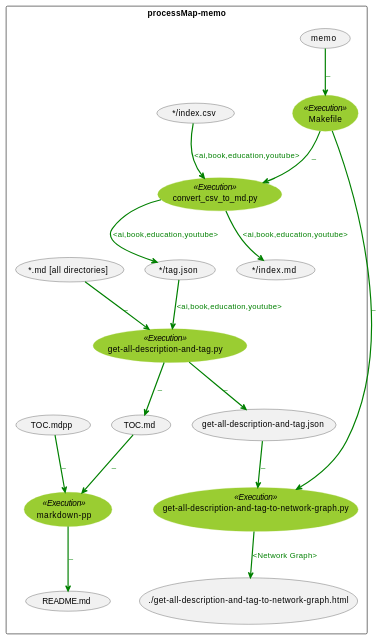
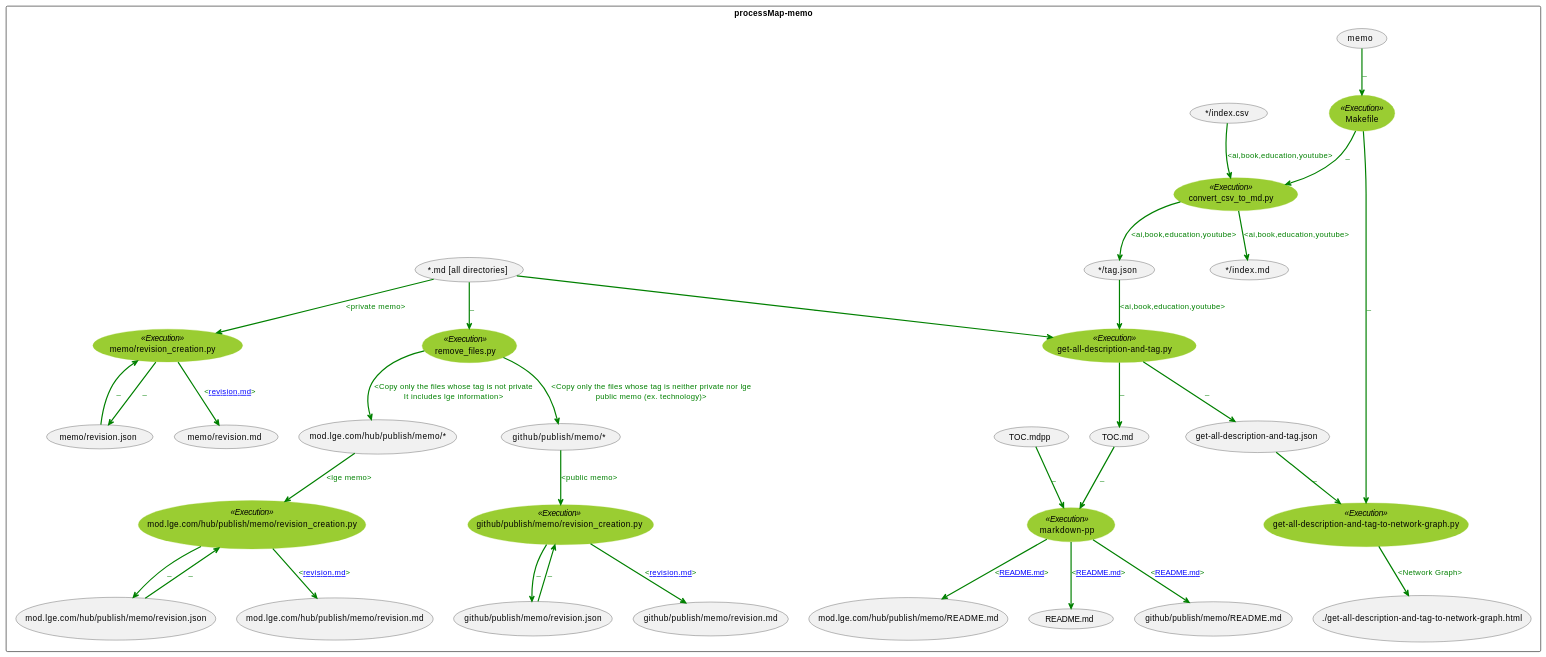
Before and after one commit to cheoljoo/publish: the diagram in memo/total.md, drawn with PlantUML. The commit also changed 10 other files, not shown here.

````diff
--- a/memo/total.md
+++ b/memo/total.md
@@ -1,36 +1,57 @@
 ```plantuml
 @startuml total.png
 
 skinparam usecase {
     BackgroundColor<< Execution >> YellowGreen
     BorderColor<< Execution >> YellowGreen
 
     BackgroundColor<< Email >> LightSeaGreen
     BorderColor<< Email >> LightSeaGreen
 
     ArrowColor Olive
 }
           rectangle processMap-memo {
     usecase (Makefile) as (Makefile) << Execution >>
     usecase (convert_csv_to_md.py) as (convert_csv_to_md.py) << Execution >>
     usecase (get-all-description-and-tag-to-network-graph.py) as (get-all-description-and-tag-to-network-graph.py) << Execution >>
     usecase (get-all-description-and-tag.py) as (get-all-description-and-tag.py) << Execution >>
+    usecase (github/publish/memo/revision_creation.py) as (github/publish/memo/revision_creation.py) << Execution >>
     usecase (markdown-pp) as (markdown-pp) << Execution >>
+    usecase (memo/revision_creation.py) as (memo/revision_creation.py) << Execution >>
+    usecase (mod.lge.com/hub/publish/memo/revision_creation.py) as (mod.lge.com/hub/publish/memo/revision_creation.py) << Execution >>
+    usecase (remove_files.py) as (remove_files.py) << Execution >>
     (memo) --> (Makefile) #line:green;line.bold;text:green : _
+    (Makefile) --> (get-all-description-and-tag-to-network-graph.py) #line:green;line.bold;text:green : _
     (get-all-description-and-tag.json) --> (get-all-description-and-tag-to-network-graph.py) #line:green;line.bold;text:green : _
     (get-all-description-and-tag-to-network-graph.py) --> (./get-all-description-and-tag-to-network-graph.html) #line:green;line.bold;text:green : <Network Graph>
+    (*.md [all directories]) --> (remove_files.py) #line:green;line.bold;text:green : _
+    (remove_files.py) --> (github/publish/memo/*) #line:green;line.bold;text:green : <Copy only the files whose tag is neither private nor lge\npublic memo (ex. technology)>
+    (remove_files.py) --> (mod.lge.com/hub/publish/memo/*) #line:green;line.bold;text:green : <Copy only the files whose tag is not private\nIt includes lge information>
+    (*.md [all directories]) --> (memo/revision_creation.py) #line:green;line.bold;text:green : <private memo>
+    (memo/revision_creation.py) --> (memo/revision.md) #line:green;line.bold;text:green : <[[https://github.com/cheoljoo/memo/blob/main/memo/revision.md revision.md]]>
+    (github/publish/memo/*) --> (github/publish/memo/revision_creation.py) #line:green;line.bold;text:green : <public memo>
+    (github/publish/memo/revision_creation.py) --> (github/publish/memo/revision.md) #line:green;line.bold;text:green : <[[https://github.com/cheoljoo/publish/blob/main/memo/revision.md revision.md]]>
+    (mod.lge.com/hub/publish/memo/*) --> (mod.lge.com/hub/publish/memo/revision_creation.py) #line:green;line.bold;text:green : <lge memo>
+    (mod.lge.com/hub/publish/memo/revision_creation.py) --> (mod.lge.com/hub/publish/memo/revision.md) #line:green;line.bold;text:green : <[[http://mod.lge.com/hub/cheoljoo.lee/publish/-/blob/main/memo/revision.md revision.md]]>
+    (memo/revision.json) --> (memo/revision_creation.py) #line:green;line.bold;text:green : _
+    (memo/revision_creation.py) --> (memo/revision.json) #line:green;line.bold;text:green : _
+    (github/publish/memo/revision.json) --> (github/publish/memo/revision_creation.py) #line:green;line.bold;text:green : _
+    (github/publish/memo/revision_creation.py) --> (github/publish/memo/revision.json) #line:green;line.bold;text:green : _
+    (mod.lge.com/hub/publish/memo/revision.json) --> (mod.lge.com/hub/publish/memo/revision_creation.py) #line:green;line.bold;text:green : _
+    (mod.lge.com/hub/publish/memo/revision_creation.py) --> (mod.lge.com/hub/publish/memo/revision.json) #line:green;line.bold;text:green : _
     (Makefile) --> (convert_csv_to_md.py) #line:green;line.bold;text:green : _
     (*/index.csv) --> (convert_csv_to_md.py) #line:green;line.bold;text:green : <ai,book,education,youtube>
     (convert_csv_to_md.py) --> (*/index.md) #line:green;line.bold;text:green : <ai,book,education,youtube>
     (convert_csv_to_md.py) --> (*/tag.json) #line:green;line.bold;text:green : <ai,book,education,youtube>
     (*.md [all directories]) --> (get-all-description-and-tag.py) #line:green;line.bold;text:green : _
     (get-all-description-and-tag.py) --> (get-all-description-and-tag.json) #line:green;line.bold;text:green : _
     (*/tag.json) --> (get-all-description-and-tag.py) #line:green;line.bold;text:green : <ai,book,education,youtube>
     (get-all-description-and-tag.py) --> (TOC.md) #line:green;line.bold;text:green : _
     (TOC.md) --> (markdown-pp) #line:green;line.bold;text:green : _
-    (markdown-pp) --> (README.md) #line:green;line.bold;text:green : _
+    (markdown-pp) --> (README.md) #line:green;line.bold;text:green : <[[https://github.com/cheoljoo/memo/blob/main/memo/README.md README.md]]>
     (TOC.mdpp) --> (markdown-pp) #line:green;line.bold;text:green : _
-    (Makefile) --> (get-all-description-and-tag-to-network-graph.py) #line:green;line.bold;text:green : _
+    (markdown-pp) --> (github/publish/memo/README.md) #line:green;line.bold;text:green : <[[https://github.com/cheoljoo/publish/blob/main/memo/README.md README.md]]>
+    (markdown-pp) --> (mod.lge.com/hub/publish/memo/README.md) #line:green;line.bold;text:green : <[[http://mod.lge.com/hub/cheoljoo.lee/publish/-/blob/main/memo/README.md README.md]]>
   }
 @enduml
 ```
````
